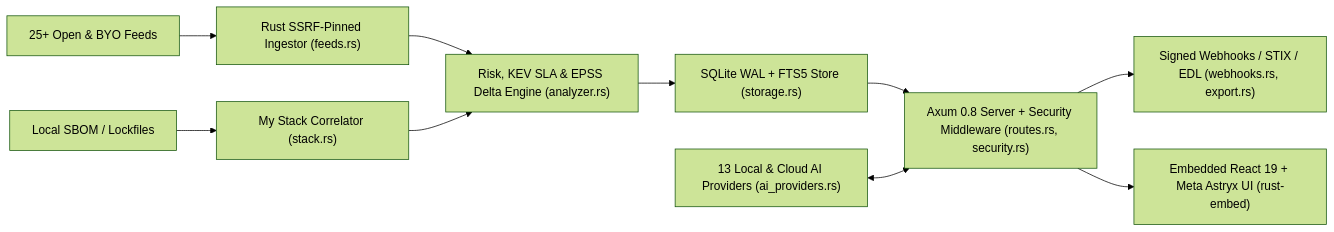
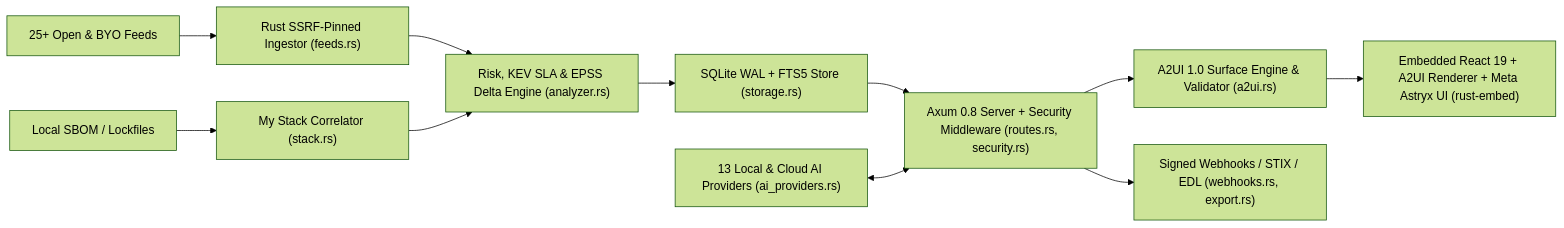
The diagram in README.md (AiBrainWorXdotCom/aibrainworx-ai-threat-board), drawn with Mermaid (forest theme) before and after one commit. The commit also changed other lines of this file and 16 other files, not shown here.

````diff
--- a/README.md
+++ b/README.md
@@ -245,12 +250,13 @@
 ```mermaid
 flowchart LR
     Feeds["25+ Open & BYO Feeds"] --> Ingest["Rust SSRF-Pinned Ingestor (feeds.rs)"]
     SBOM["Local SBOM / Lockfiles"] --> Stack["My Stack Correlator (stack.rs)"]
     Ingest --> Engine["Risk, KEV SLA & EPSS Delta Engine (analyzer.rs)"]
     Stack --> Engine
     Engine --> DB["SQLite WAL + FTS5 Store (storage.rs)"]
     DB --> API["Axum 0.8 Server + Security Middleware (routes.rs, security.rs)"]
     AI["13 Local & Cloud AI Providers (ai_providers.rs)"] <--> API
+    API --> A2UI["A2UI 1.0 Surface Engine & Validator (a2ui.rs)"]
     API --> Hooks["Signed Webhooks / STIX / EDL (webhooks.rs, export.rs)"]
-    API --> UI["Embedded React 19 + Meta Astryx UI (rust-embed)"]
+    A2UI --> UI["Embedded React 19 + A2UI Renderer + Meta Astryx UI (rust-embed)"]
 ```
````
